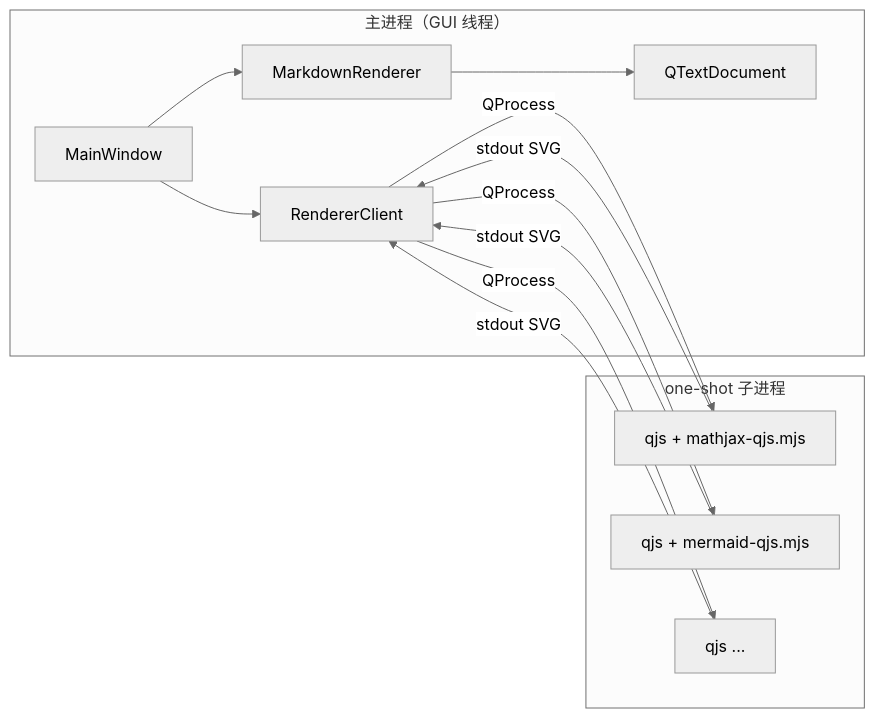
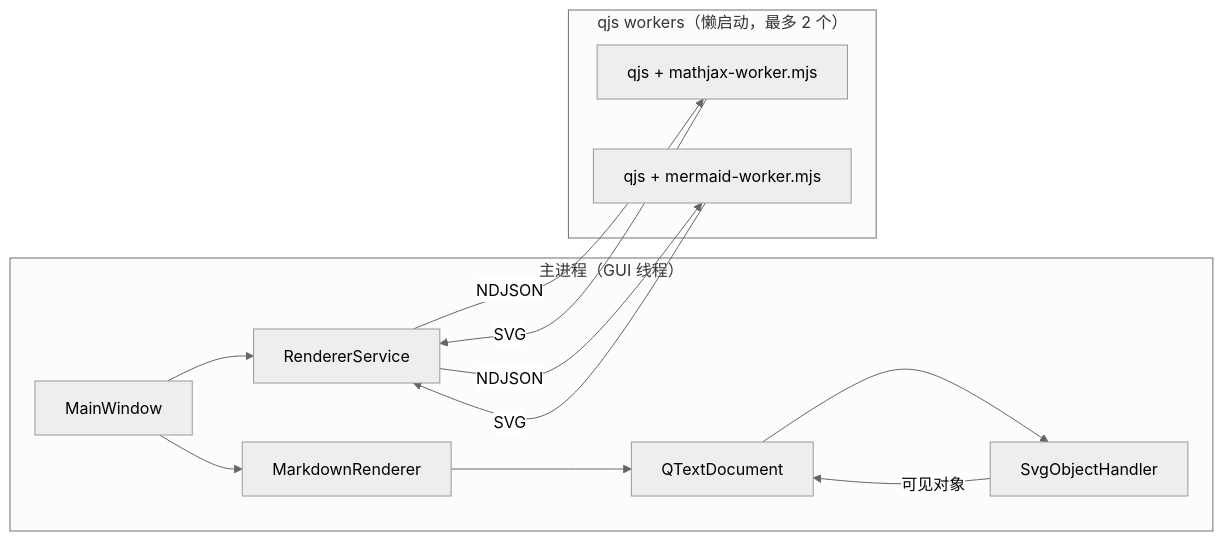
Before and after one commit to iLogIng/qt-rich-text-renderer: the sixth of 6 diagrams in docs/FLOW.md, drawn with Mermaid (neutral theme). The commit also changed other lines of this file and 24 other files, not shown here.

Commit message:
perf: use two process to lazy start the qjs surpport for mermaid and mathjax service. Use the Render Service to optimize the needed

````diff
--- a/docs/FLOW.md
+++ b/docs/FLOW.md
@@ -179,26 +178,25 @@
 ```mermaid
 flowchart LR
     subgraph GUI["主进程（GUI 线程）"]
         MW["MainWindow"]
-        RC["RendererClient"]
+        RS["RendererService"]
         MR["MarkdownRenderer"]
+        OH["SvgObjectHandler"]
         TD["QTextDocument"]
     end
 
-    subgraph CHILD["one-shot 子进程"]
-        Q1["qjs + mathjax-qjs.mjs"]
-        Q2["qjs + mermaid-qjs.mjs"]
-        QN["qjs ..."]
+    subgraph WORKERS["qjs workers（懒启动，最多 2 个）"]
+        Q1["qjs + mathjax-worker.mjs"]
+        Q2["qjs + mermaid-worker.mjs"]
     end
 
     MW --> MR
-    MW --> RC
+    MW --> RS
     MR --> TD
-    RC -->|QProcess| Q1
-    RC -->|QProcess| Q2
-    RC -->|QProcess| QN
-
-    Q1 -->|stdout SVG| RC
-    Q2 -->|stdout SVG| RC
-    QN -->|stdout SVG| RC
+    TD --> OH
+    OH -->|"可见对象"| TD
+    RS -->|"NDJSON"| Q1
+    RS -->|"NDJSON"| Q2
+    Q1 -->|"SVG"| RS
+    Q2 -->|"SVG"| RS
 ```
````
